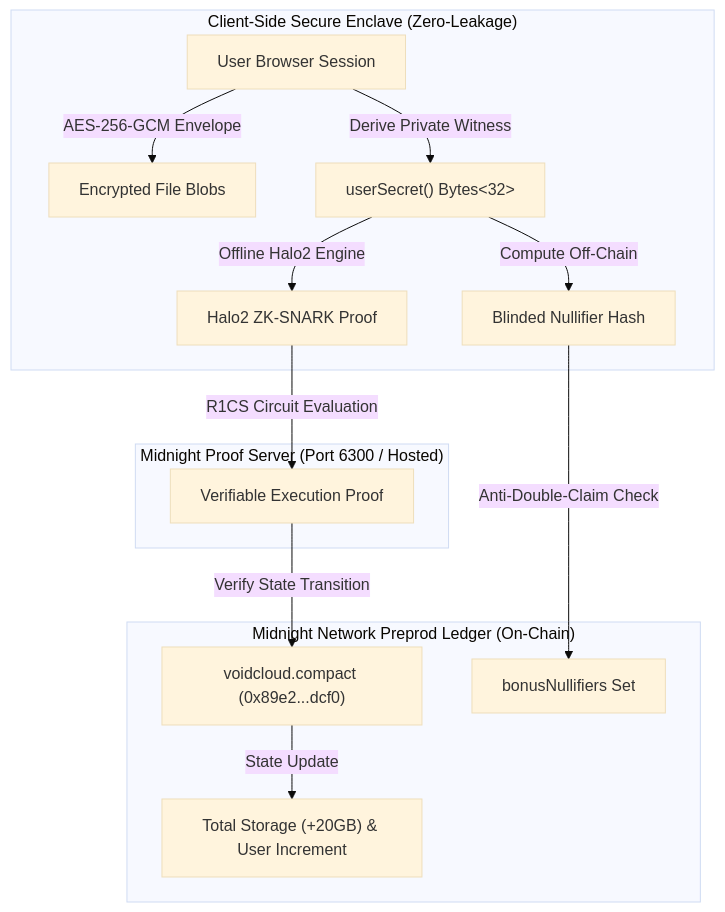
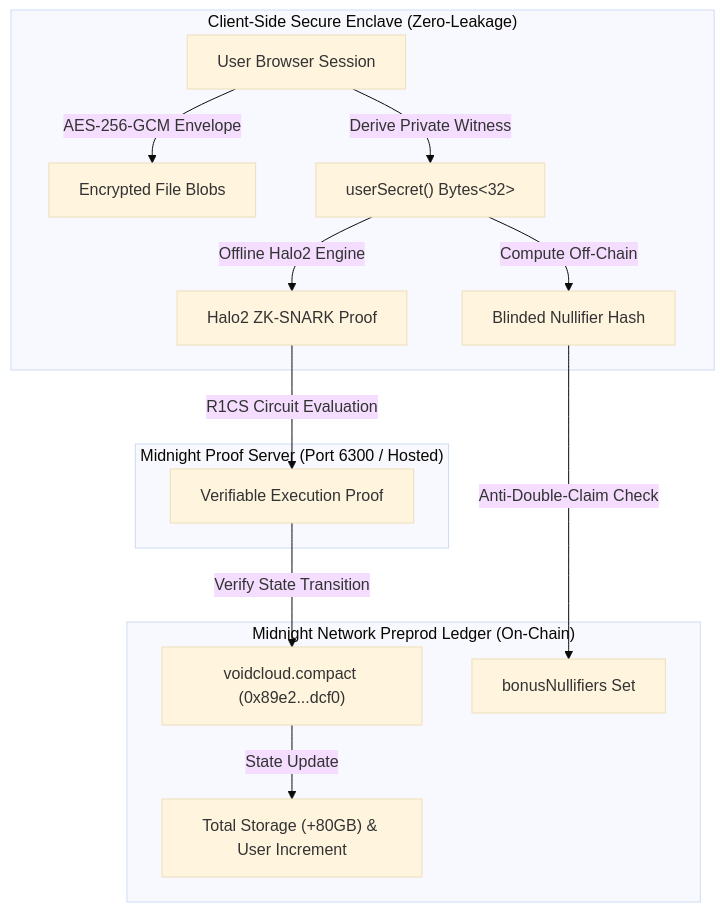
The diagram in README.md (Shuvankar11/VoidCloud), drawn with Mermaid (base theme) before and after one commit. The commit also changed other lines of this file, not shown here.

Commit message:
docs(readme): update storage tier specifications and testnet expansion quotas

````diff
--- a/README.md
+++ b/README.md
@@ -67,19 +67,19 @@
 ```mermaid
 flowchart TD
     subgraph Client["Client-Side Secure Enclave (Zero-Leakage)"]
         User["User Browser Session"] -->|"AES-256-GCM Envelope"| EncFile["Encrypted File Blobs"]
         User -->|"Derive Private Witness"| Witness["userSecret() Bytes<32>"]
         Witness -->|"Compute Off-Chain"| Nullifier["Blinded Nullifier Hash"]
         Witness -->|"Offline Halo2 Engine"| ZKProof["Halo2 ZK-SNARK Proof"]
     end
 
     subgraph ProofServer["Midnight Proof Server (Port 6300 / Hosted)"]
         ZKProof -->|"R1CS Circuit Evaluation"| ProverPayload["Verifiable Execution Proof"]
     end
 
     subgraph Ledger["Midnight Network Preprod Ledger (On-Chain)"]
         ProverPayload -->|"Verify State Transition"| Contract["voidcloud.compact (0x89e2...dcf0)"]
         Nullifier -->|"Anti-Double-Claim Check"| NullifierSet["bonusNullifiers Set"]
-        Contract -->|"State Update"| Counters["Total Storage (+20GB) & User Increment"]
+        Contract -->|"State Update"| Counters["Total Storage (+80GB) & User Increment"]
     end
 ```
````
